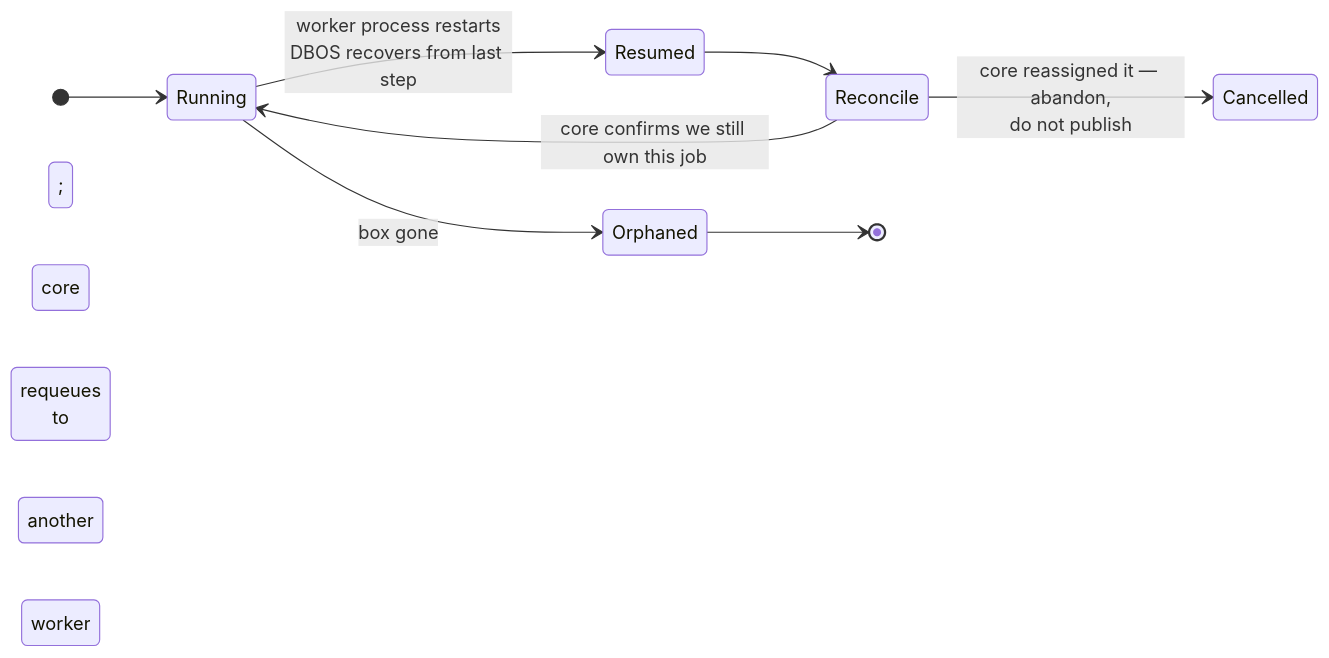
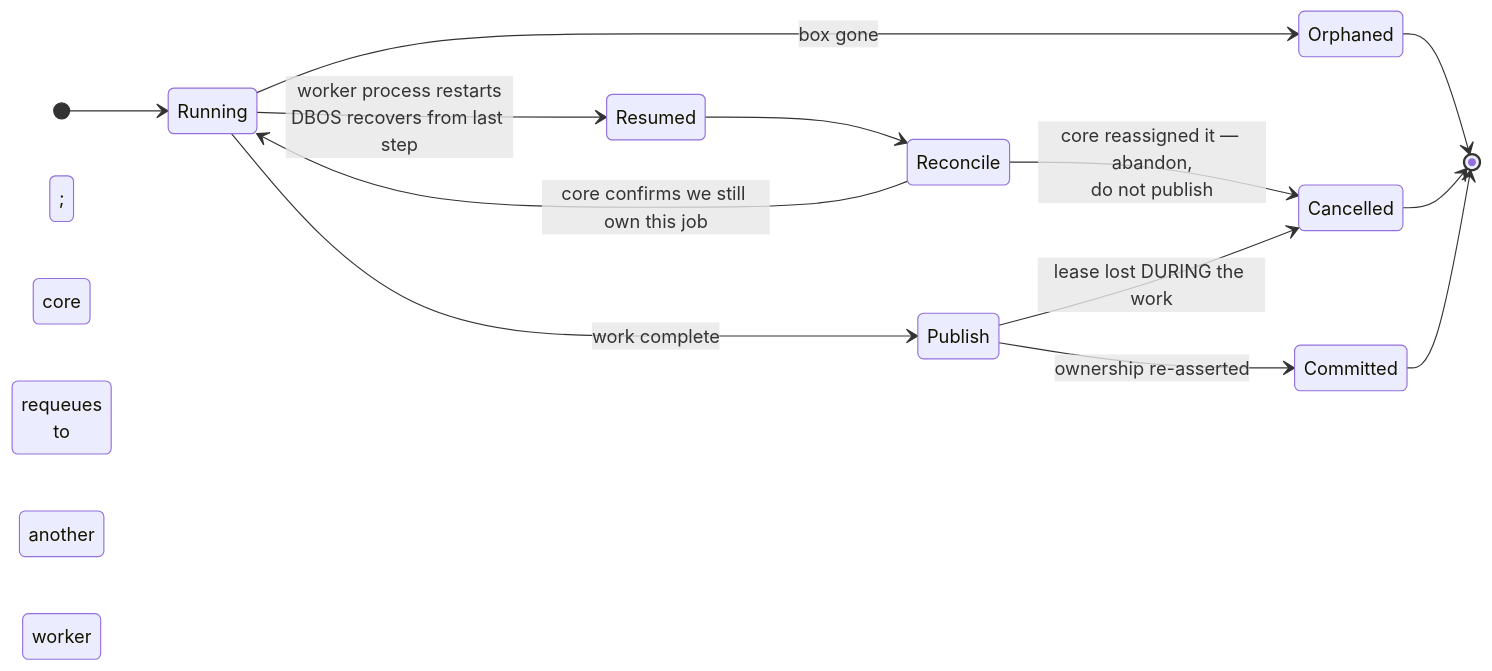
The third of 3 diagrams in new-worker/README.md (OnlyOneByte/Encore), drawn with Mermaid before and after one commit. The commit also changed other lines of this file and 33 other files, not shown here.

````diff
--- a/new-worker/README.md
+++ b/new-worker/README.md
@@ -151,11 +151,16 @@
 ```mermaid
 stateDiagram-v2
     direction LR
     [*] --> Running
     Running --> Resumed : worker process restarts<br/>DBOS recovers from last step
     Resumed --> Reconcile
     Running --> Orphaned : box gone; core requeues<br/>to another worker
     Reconcile --> Running : core confirms we still own this job
     Reconcile --> Cancelled : core reassigned it — abandon,<br/>do not publish
+    Running --> Publish : work complete
+    Publish --> Committed : ownership re-asserted
+    Publish --> Cancelled : lease lost DURING the work
     Orphaned --> [*]
+    Cancelled --> [*]
+    Committed --> [*]
 ```
````
